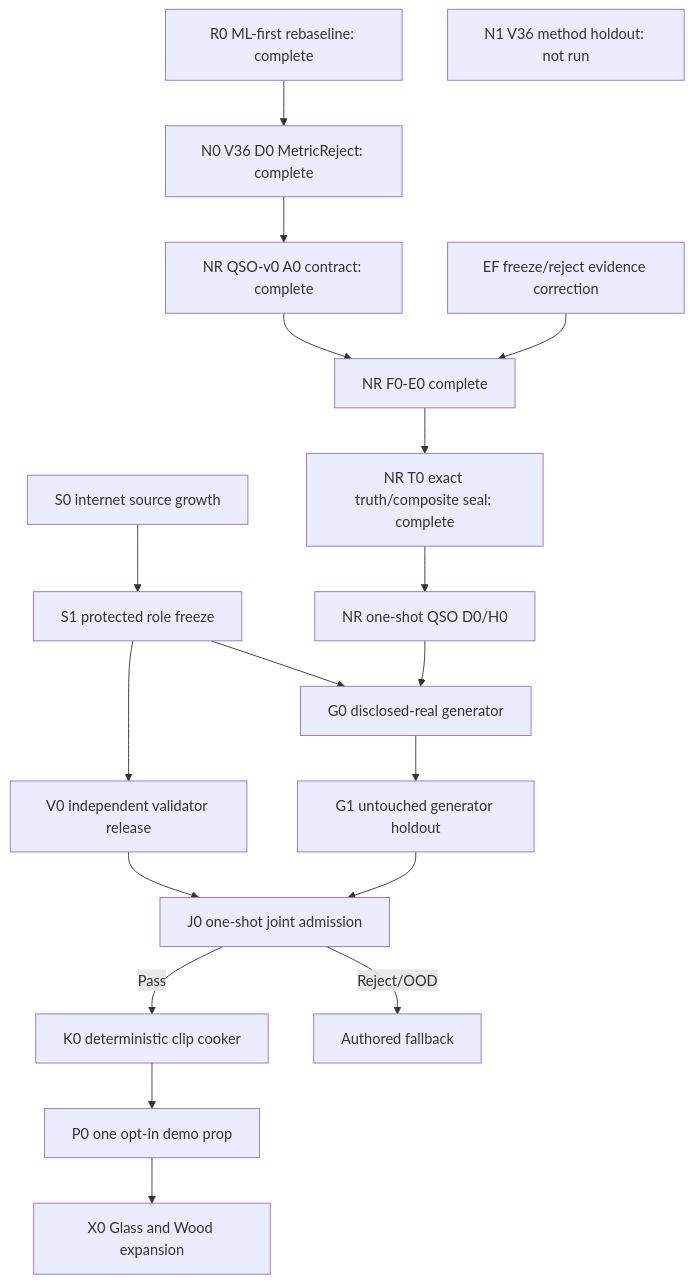
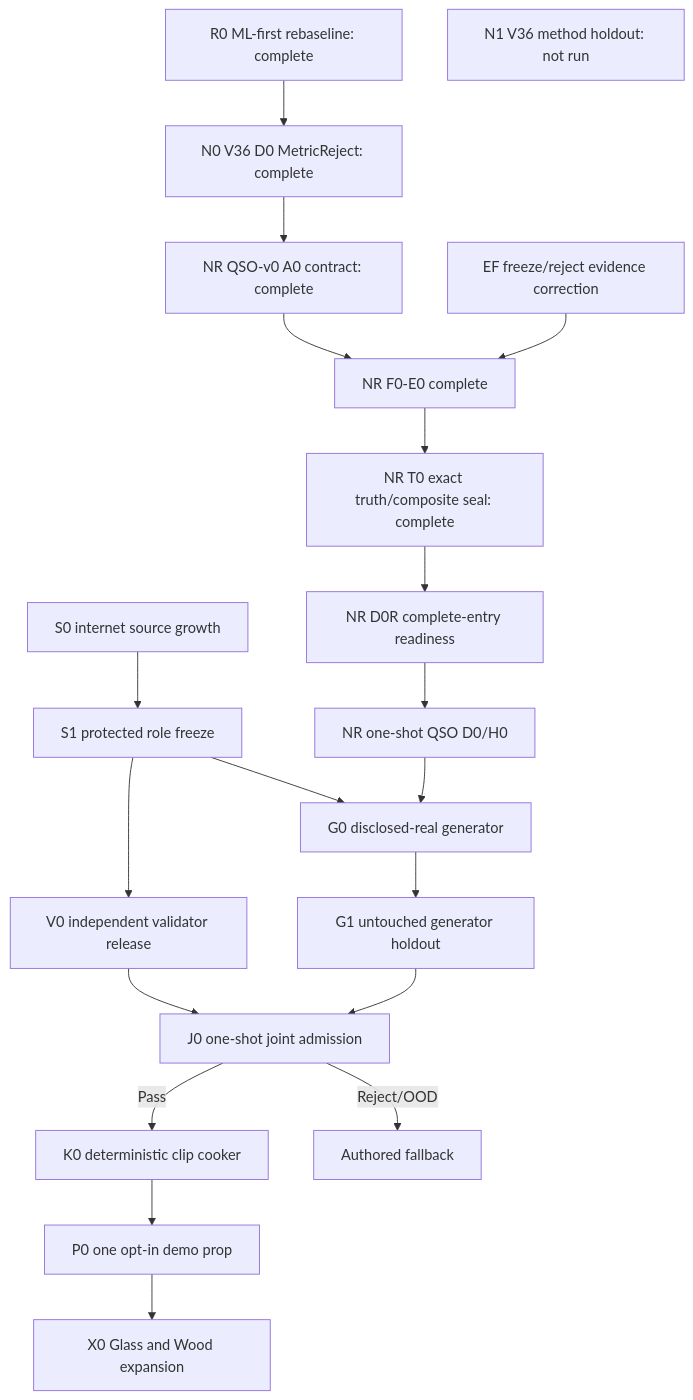
Before and after one commit to kaifaty/NextEngine: the diagram in docs/plans/physical-sound-synthesis-roadmap-v37.md, drawn with Mermaid. The commit also changed other lines of this file and 3 other files, not shown here.

Commit message:
docs(sound): require complete V37 D0 readiness

````diff
--- a/docs/plans/physical-sound-synthesis-roadmap-v37.md
+++ b/docs/plans/physical-sound-synthesis-roadmap-v37.md
@@ -100,22 +100,23 @@
 ```mermaid
 flowchart TD
     R0["R0 ML-first rebaseline: complete"] --> N0["N0 V36 D0 MetricReject: complete"]
     N0 --> NRA["NR QSO-v0 A0 contract: complete"]
     NRA --> NRF["NR F0-E0 complete"]
     NRF --> NRT["NR T0 exact truth/composite seal: complete"]
-    NRT --> NRD["NR one-shot QSO D0/H0"]
+    NRT --> NRP["NR D0R complete-entry readiness"]
+    NRP --> NRD["NR one-shot QSO D0/H0"]
     N1["N1 V36 method holdout: not run"]
     EF["EF freeze/reject evidence correction"] --> NRF
 
     S0["S0 internet source growth"] --> S1["S1 protected role freeze"]
     S1 --> V0["V0 independent validator release"]
     S1 --> G0
     NRD --> G0["G0 disclosed-real generator"]
     G0 --> G1["G1 untouched generator holdout"]
     V0 --> J0["J0 one-shot joint admission"]
     G1 --> J0
     J0 -->|"Pass"| K0["K0 deterministic clip cooker"]
     J0 -->|"Reject/OOD"| FB["Authored fallback"]
     K0 --> P0["P0 one opt-in demo prop"]
     P0 --> X0["X0 Glass and Wood expansion"]
 ```
````
